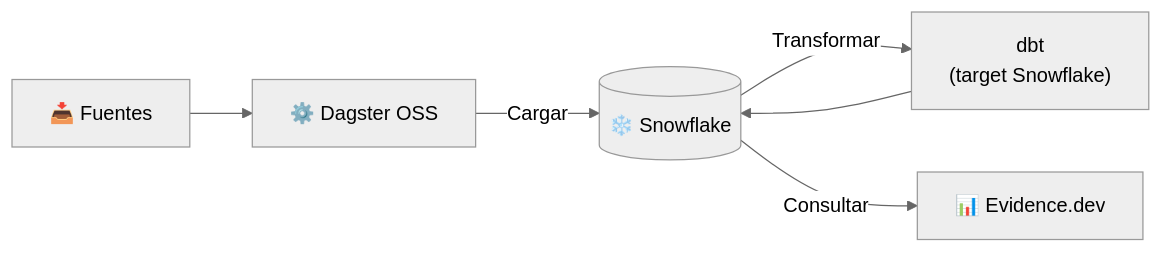
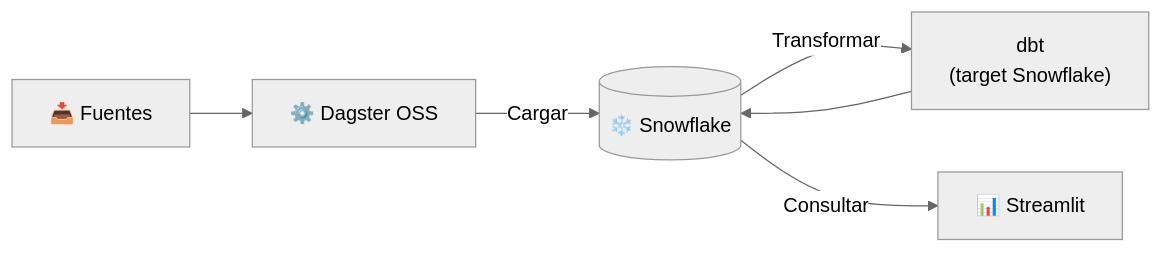
The third of 4 diagrams in README.es.md (qwermk/National_Tourism_Project), drawn with Mermaid (neutral theme) before and after one commit. The commit also changed other lines of this file and 53 other files, not shown here.

````diff
--- a/README.es.md
+++ b/README.es.md
@@ -125,8 +133,8 @@
 ```mermaid
 flowchart LR
     Fuentes["📥 Fuentes"] --> Dagster["⚙️ Dagster OSS"]
     Dagster -->|Cargar| SF[("❄️ Snowflake")]
     SF -->|Transformar| DBT["dbt\n(target Snowflake)"]
     DBT --> SF
-    SF -->|Consultar| Evidence["📊 Evidence.dev"]
+    SF -->|Consultar| Streamlit["📊 Streamlit"]
 ```
````
